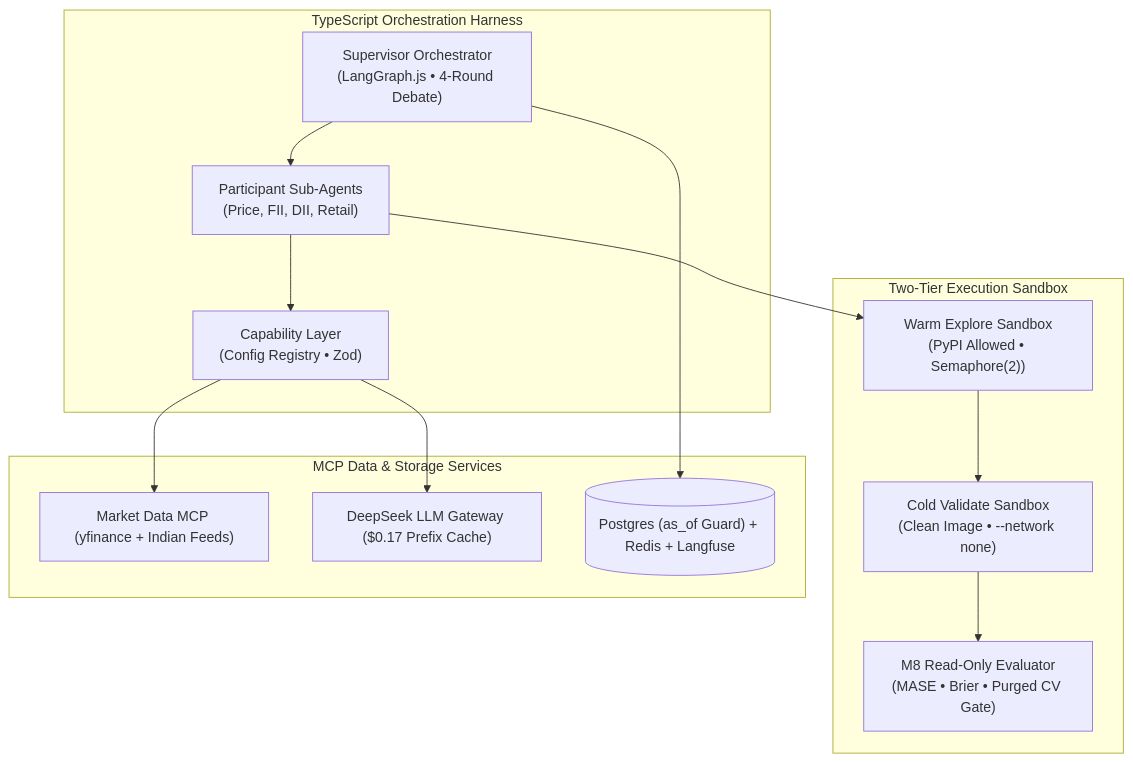
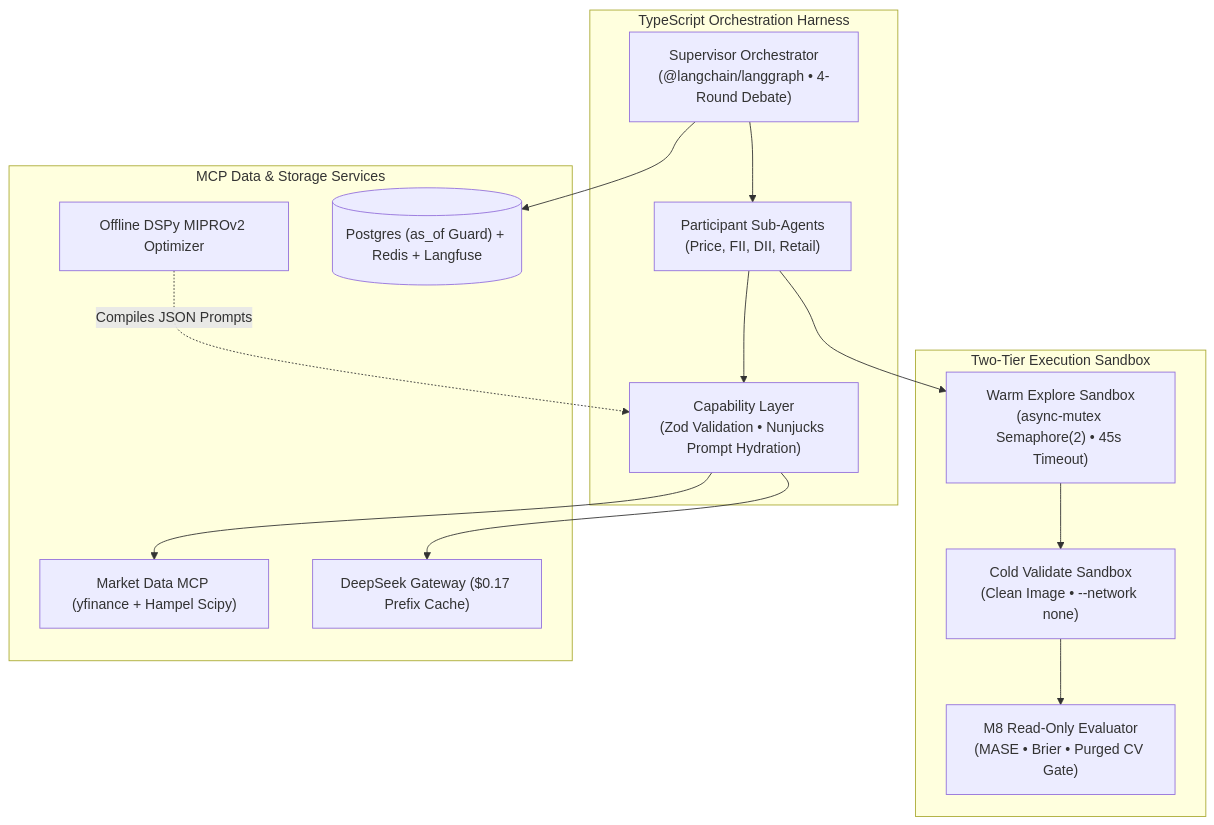
One commit to vama0259/Forecasting_Agent changed the third of 5 diagrams in docs/PITCH_DECK.md. Above: the diagram before and after it, drawn with Mermaid. The commit also changed other lines of this file and 1 other file, not shown here.

Commit message:
docs: update pitch decks with DSPy prompt compilation, Jinja2/Nunjucks, and open-source stack

````diff
--- a/docs/PITCH_DECK.md
+++ b/docs/PITCH_DECK.md
@@ -100,25 +100,27 @@
 ```mermaid
 flowchart TB
   subgraph Harness["TypeScript Orchestration Harness"]
-    M7["Supervisor Orchestrator<br/>(LangGraph.js • 4-Round Debate)"]
+    M7["Supervisor Orchestrator<br/>(@langchain/langgraph • 4-Round Debate)"]
     M6["Participant Sub-Agents<br/>(Price, FII, DII, Retail)"]
-    CAP["Capability Layer<br/>(Config Registry • Zod)"]
+    CAP["Capability Layer<br/>(Zod Validation • Nunjucks Prompt Hydration)"]
   end
 
   subgraph Execution["Two-Tier Execution Sandbox"]
-    EXP["Warm Explore Sandbox<br/>(PyPI Allowed • Semaphore(2))"]
+    EXP["Warm Explore Sandbox<br/>(async-mutex Semaphore(2) • 45s Timeout)"]
     VAL["Cold Validate Sandbox<br/>(Clean Image • --network none)"]
     M8["M8 Read-Only Evaluator<br/>(MASE • Brier • Purged CV Gate)"]
   end
 
   subgraph Services["MCP Data & Storage Services"]
-    M1["Market Data MCP (yfinance + Indian Feeds)"]
-    M2["DeepSeek LLM Gateway ($0.17 Prefix Cache)"]
+    M1["Market Data MCP (yfinance + Hampel Scipy)"]
+    M2["DeepSeek Gateway ($0.17 Prefix Cache)"]
+    DSPY["Offline DSPy MIPROv2 Optimizer"]
     DB[("Postgres (as_of Guard) + Redis + Langfuse")]
   end
 
   M7 --> M6 --> CAP
   CAP --> M1 & M2
   M6 --> EXP --> VAL --> M8
   M7 --> DB
+  DSPY -.->|Compiles JSON Prompts| CAP
 ```
````
